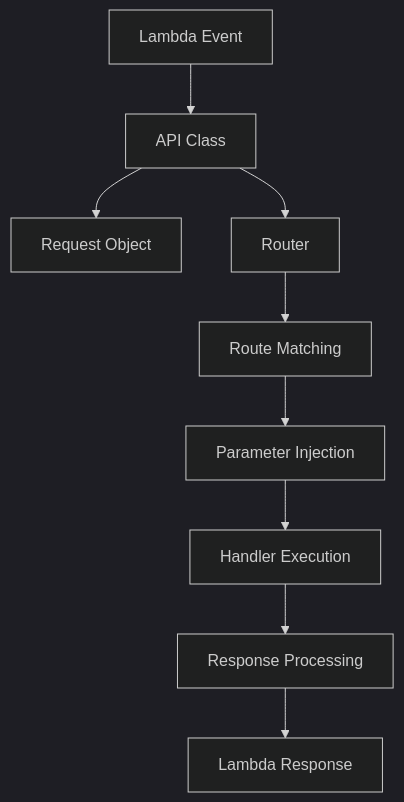
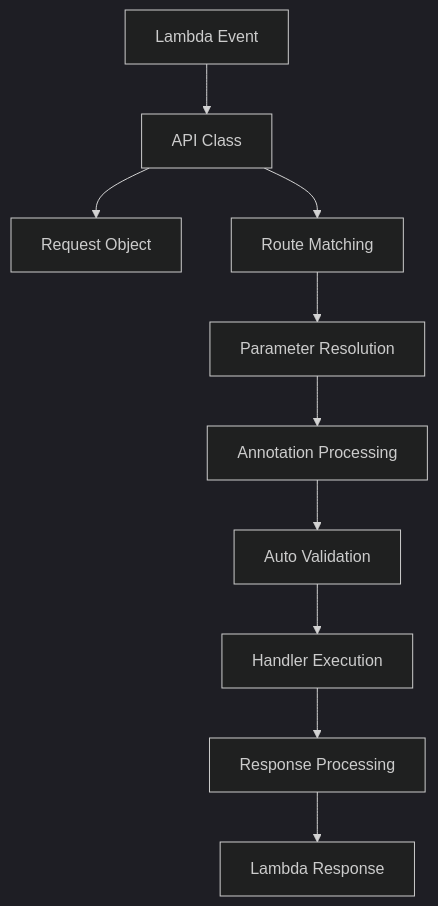
One commit to sskyh0208/lambapi changed the diagram in docs/getting-started/concepts.md. Above: the diagram before and after it, drawn with Mermaid (dark theme). The commit also changed other lines of this file and 20 other files, not shown here.

````diff
--- a/docs/getting-started/concepts.md
+++ b/docs/getting-started/concepts.md
@@ -49,11 +78,12 @@
 ```mermaid
 graph TD
     A[Lambda Event] --> B[API Class]
     B --> C[Request Object]
-    B --> D[Router]
-    D --> E[Route Matching]
-    E --> F[Parameter Injection]
-    F --> G[Handler Execution]
-    G --> H[Response Processing]
-    H --> I[Lambda Response]
+    B --> D[Route Matching]
+    D --> E[Parameter Resolution]
+    E --> F[Annotation Processing]
+    F --> G[Auto Validation]
+    G --> H[Handler Execution]
+    H --> I[Response Processing]
+    I --> J[Lambda Response]
 ```
````
